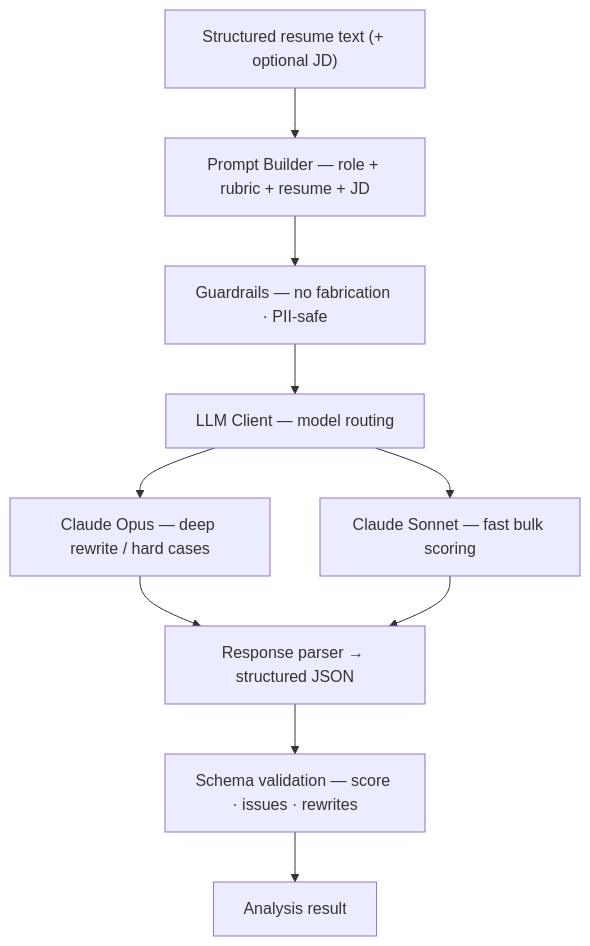
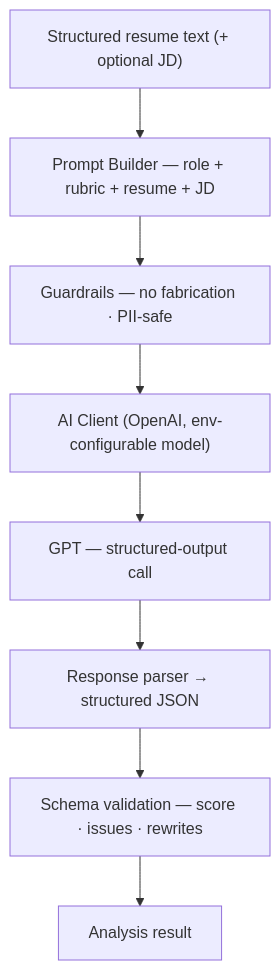
Before and after one commit to Bhuvann-dev/ResumeIQ: the fourth of 8 diagrams in docs/architecture.md, drawn with Mermaid. The commit also changed other lines of this file and 2 other files, not shown here.

First line of the commit message:
docs: align architecture and ADR-005 with the OpenAI swap

````diff
--- a/docs/architecture.md
+++ b/docs/architecture.md
@@ -106,12 +106,10 @@
 ```mermaid
 graph TD
     IN["Structured resume text (+ optional JD)"] --> PB["Prompt Builder — role + rubric + resume + JD"]
     PB --> GUARD["Guardrails — no fabrication · PII-safe"]
-    GUARD --> CALL["LLM Client — model routing"]
-    CALL --> OPUS["Claude Opus — deep rewrite / hard cases"]
-    CALL --> SONNET["Claude Sonnet — fast bulk scoring"]
-    OPUS --> PARSEOUT["Response parser → structured JSON"]
-    SONNET --> PARSEOUT
+    GUARD --> CALL["AI Client (OpenAI, env-configurable model)"]
+    CALL --> MODEL["GPT — structured-output call"]
+    MODEL --> PARSEOUT["Response parser → structured JSON"]
     PARSEOUT --> VALID["Schema validation — score · issues · rewrites"]
     VALID --> OUT["Analysis result"]
 ```
````
